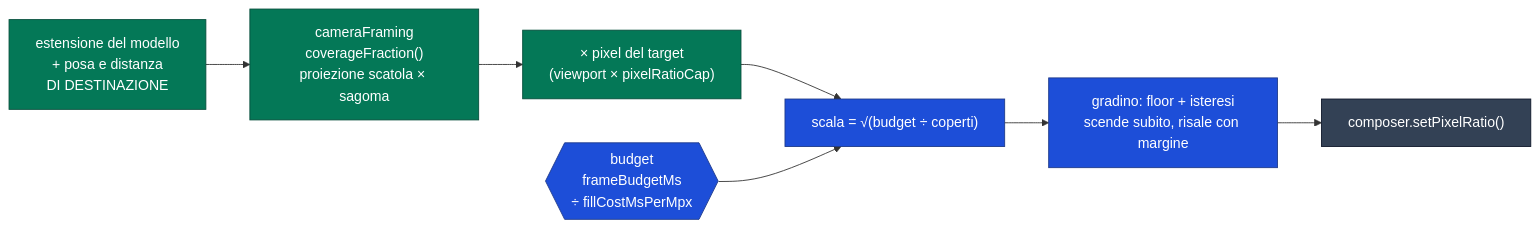
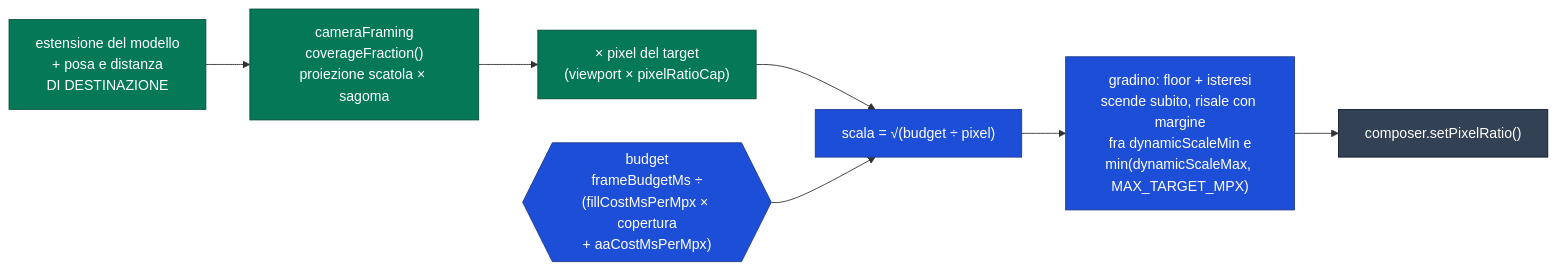
One commit to christian-matarazzo/keyboard-3d-component changed the fourth of 5 diagrams in README.md. Above: the diagram before and after it, drawn with Mermaid. The commit also changed other lines of this file and 5 other files, not shown here.

````diff
--- a/README.md
+++ b/README.md
@@ -403,20 +403,20 @@
 ```mermaid
 flowchart LR
     BOX["estensione del modello<br/>+ posa e distanza<br/>DI DESTINAZIONE"]
     COV["cameraFraming<br/>coverageFraction()<br/>proiezione scatola × sagoma"]
     PX["× pixel del target<br/>(viewport × pixelRatioCap)"]
-    BUD{{"budget<br/>frameBudgetMs<br/>÷ fillCostMsPerMpx"}}
-    LAW["scala = √(budget ÷ coperti)"]
-    TIER["gradino: floor + isteresi<br/>scende subito, risale con margine"]
+    BUD{{"budget<br/>frameBudgetMs ÷<br/>(fillCostMsPerMpx × copertura<br/>+ aaCostMsPerMpx)"}}
+    LAW["scala = √(budget ÷ pixel)"]
+    TIER["gradino: floor + isteresi<br/>scende subito, risale con margine<br/>fra dynamicScaleMin e<br/>min(dynamicScaleMax, MAX_TARGET_MPX)"]
     APPLY["composer.setPixelRatio()"]
 
     BOX --> COV --> PX --> LAW
     BUD --> LAW --> TIER --> APPLY
 
     classDef geo fill:#047857,stroke:#064e3b,color:#fff
     classDef law fill:#1d4ed8,stroke:#1e3a8a,color:#fff
     classDef out fill:#334155,stroke:#0f172a,color:#fff
     class BOX,COV,PX geo
     class BUD,LAW,TIER law
     class APPLY out
 ```
````
